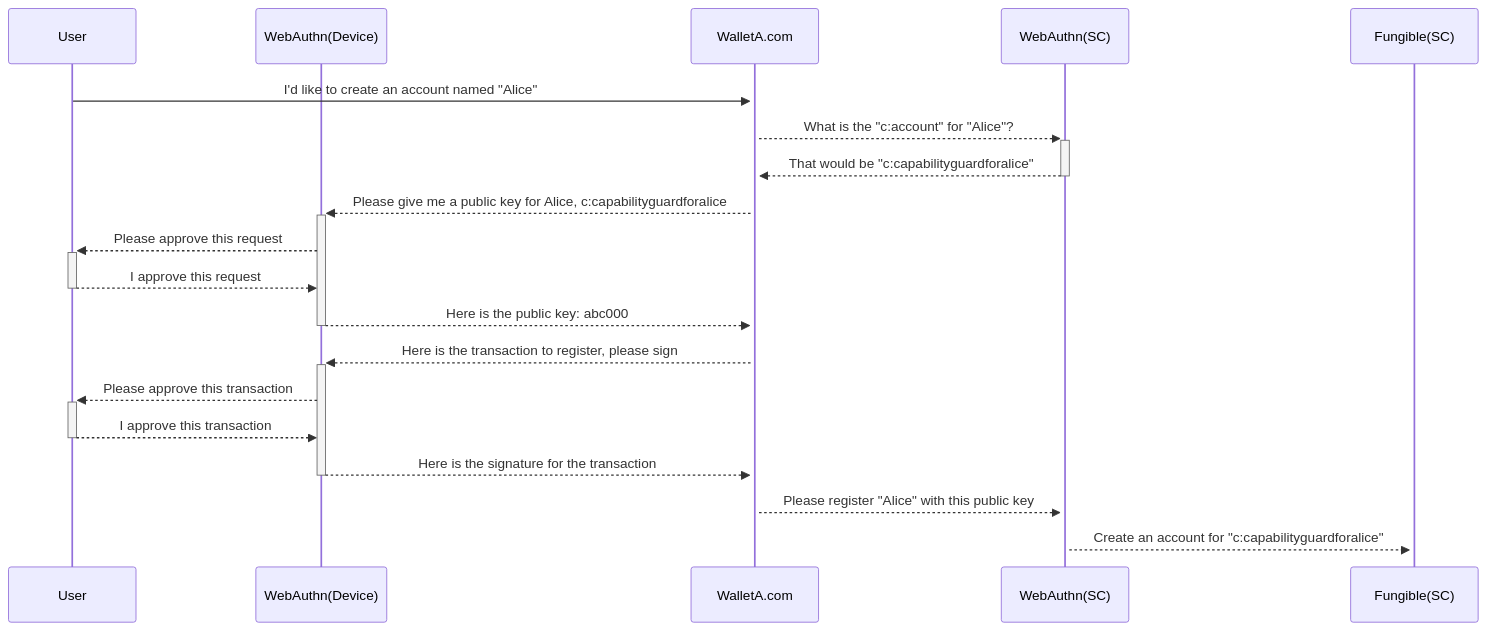
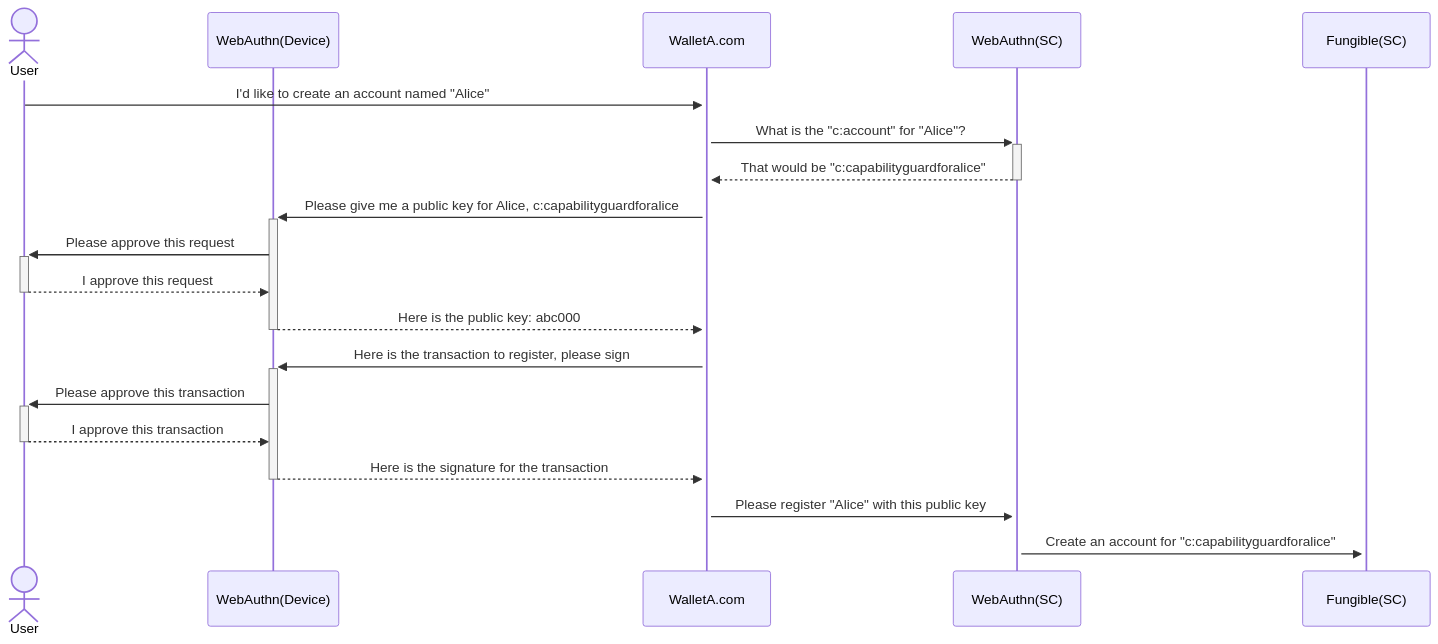
One commit to kadena-community/spirekey changed the first of 3 diagrams in README.md. Above: the diagram before and after it, drawn with Mermaid. The commit also changed other lines of this file, not shown here.

Commit message:
Update second wallet flow

````diff
--- a/README.md
+++ b/README.md
@@ -129,22 +129,22 @@
 ```mermaid
 sequenceDiagram
-  participant User
+  actor User
   participant WebAuthn(Device)
   participant WalletA.com
   participant WebAuthn(SC)
   participant Fungible(SC)
 
   User->>+WalletA.com: I'd like to create an account named "Alice"
-  WalletA.com-->>+WebAuthn(SC): What is the "c:account" for "Alice"?
+  WalletA.com->>+WebAuthn(SC): What is the "c:account" for "Alice"?
   WebAuthn(SC)-->>-WalletA.com: That would be "c:capabilityguardforalice"
-  WalletA.com-->>+WebAuthn(Device): Please give me a public key for Alice, c:capabilityguardforalice
-  WebAuthn(Device)-->>+User: Please approve this request
+  WalletA.com->>+WebAuthn(Device): Please give me a public key for Alice, c:capabilityguardforalice
+  WebAuthn(Device)->>+User: Please approve this request
   User-->>-WebAuthn(Device): I approve this request
   WebAuthn(Device)-->>-WalletA.com: Here is the public key: abc000
-  WalletA.com-->>+WebAuthn(Device): Here is the transaction to register, please sign
-  WebAuthn(Device)-->>+User: Please approve this transaction
+  WalletA.com->>+WebAuthn(Device): Here is the transaction to register, please sign
+  WebAuthn(Device)->>+User: Please approve this transaction
   User-->>-WebAuthn(Device): I approve this transaction
   WebAuthn(Device)-->>-WalletA.com: Here is the signature for the transaction
-  WalletA.com-->>+WebAuthn(SC): Please register "Alice" with this public key
-  WebAuthn(SC)-->>+Fungible(SC): Create an account for "c:capabilityguardforalice"
+  WalletA.com->>+WebAuthn(SC): Please register "Alice" with this public key
+  WebAuthn(SC)->>+Fungible(SC): Create an account for "c:capabilityguardforalice"
 ```
````
